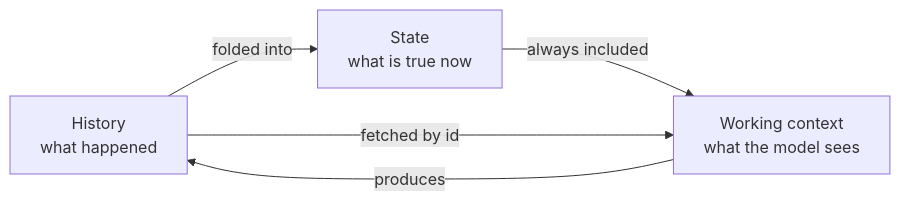
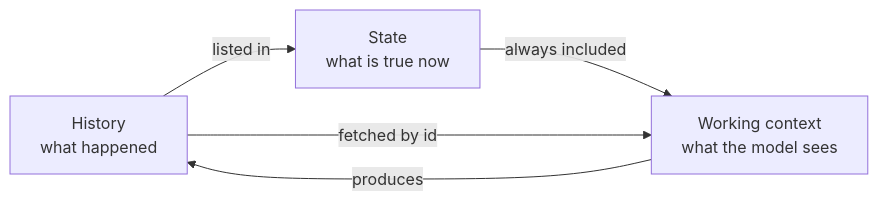
One commit to JaredTate/nerdgenie changed the first of 4 diagrams in docs/COEUS_PLAN.md. Above: the diagram before and after it, drawn with Mermaid. The commit also changed other lines of this file and 8 other files, not shown here.

````diff
--- a/docs/COEUS_PLAN.md
+++ b/docs/COEUS_PLAN.md
@@ -27,7 +27,7 @@
 ```mermaid
 flowchart LR
-  H["History<br/>what happened"] -->|"folded into"| S["State<br/>what is true now"]
+  H["History<br/>what happened"] -->|"listed in"| S["State<br/>what is true now"]
   S -->|"always included"| W["Working context<br/>what the model sees"]
   H -->|"fetched by id"| W
   W -->|"produces"| H
 ```
````
